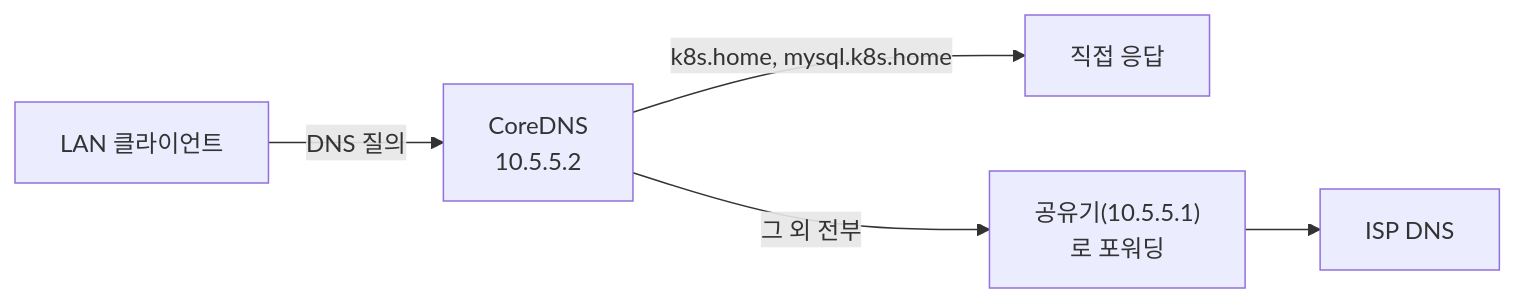
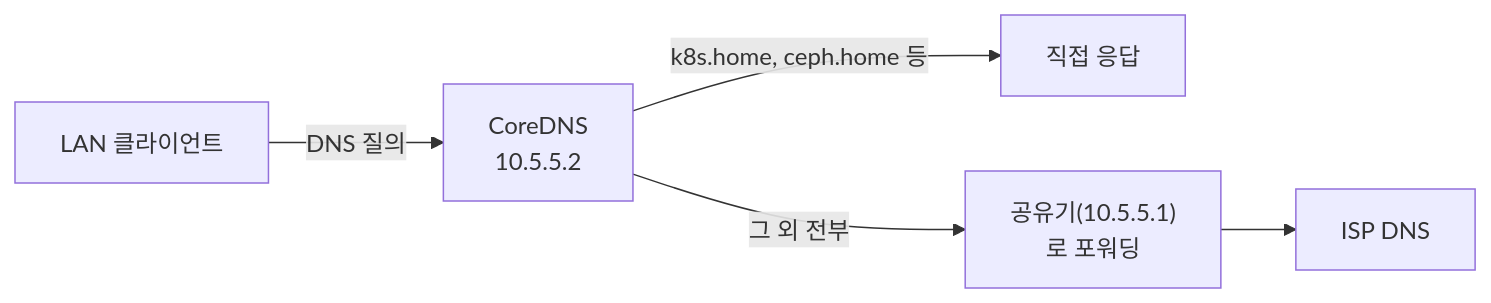
Before and after one commit to gywndi/homelab-diary: the diagram in lessons/09-internal-dns.md, drawn with Mermaid. The commit also changed other lines of this file and 5 other files, not shown here.

First line of the commit message:
인프라 도메인 기반 접근 전환 — k8s.home API SAN, ceph.home RGW, /etc/hosts 안전망

````diff
--- a/lessons/09-internal-dns.md
+++ b/lessons/09-internal-dns.md
@@ -20,7 +21,7 @@
 ```mermaid
 flowchart LR
     CLIENT["LAN 클라이언트"] -->|DNS 질의| DNS["CoreDNS<br/>10.5.5.2"]
-    DNS -->|k8s.home, mysql.k8s.home| ANSWER["직접 응답"]
+    DNS -->|k8s.home, ceph.home 등| ANSWER["직접 응답"]
     DNS -->|그 외 전부| ROUTER["공유기(10.5.5.1)<br/>로 포워딩"]
     ROUTER --> INTERNET["ISP DNS"]
 ```
````
